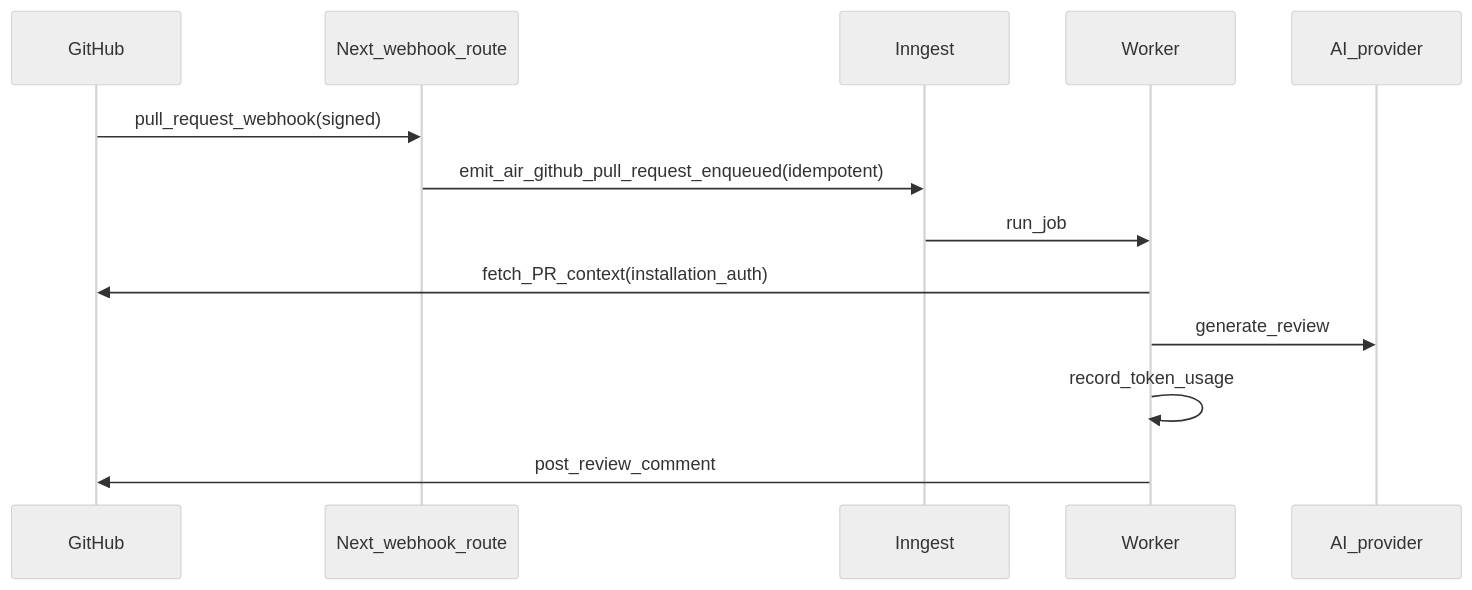
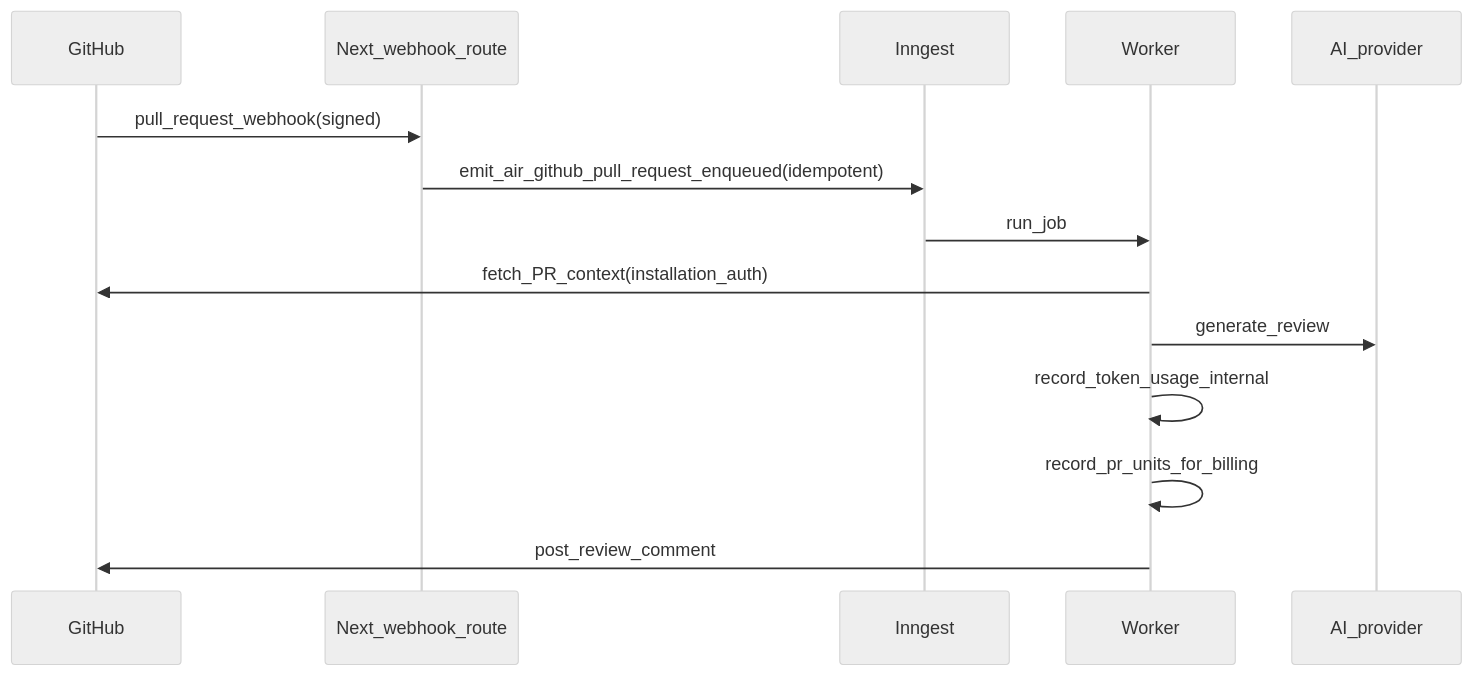
Before and after one commit to kworam-self/AIR: the third of 3 diagrams in docs/system-architecture.md, drawn with Mermaid (neutral theme). The commit also changed other lines of this file and 3 other files, not shown here.

First line of the commit message:
docs: refine AIR plans, roadmap, and Mermaid system architecture

````diff
--- a/docs/system-architecture.md
+++ b/docs/system-architecture.md
@@ -72,16 +105,17 @@
 ```mermaid
 sequenceDiagram
   participant GH as GitHub
   participant AIR as Next_webhook_route
   participant ING as Inngest
   participant W as Worker
   participant AI as AI_provider
 
   GH->>AIR: pull_request_webhook(signed)
   AIR->>ING: emit_air_github_pull_request_enqueued(idempotent)
   ING->>W: run_job
   W->>GH: fetch_PR_context(installation_auth)
   W->>AI: generate_review
-  W->>W: record_token_usage
+  W->>W: record_token_usage_internal
+  W->>W: record_pr_units_for_billing
   W->>GH: post_review_comment
 ```
````
